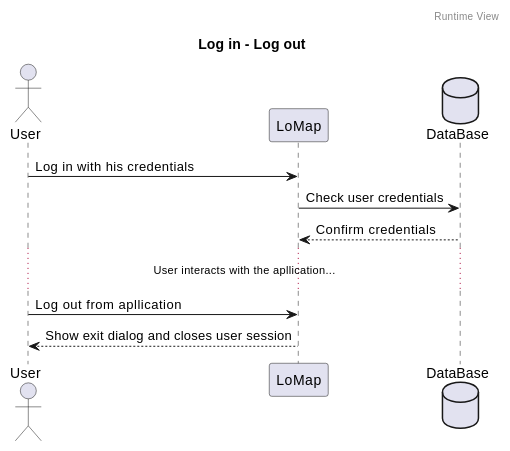
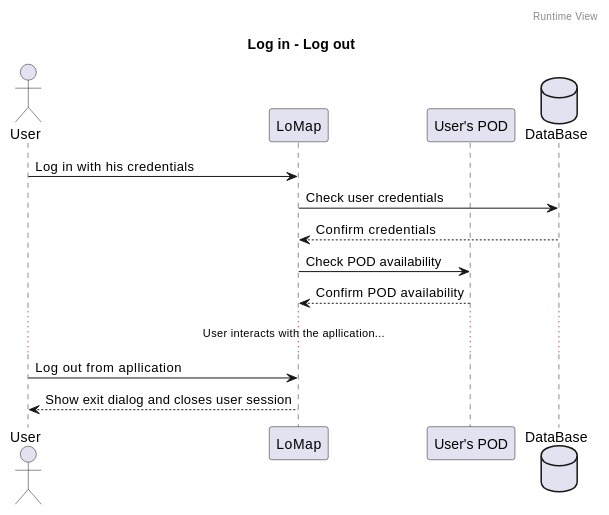
The second of 4 diagrams in docs/06_runtime_view.adoc (Arquisoft/lomap_es2c), drawn with PlantUML before and after one commit. The commit also changed other lines of this file, not shown here.

```diff
--- a/docs/06_runtime_view.adoc
+++ b/docs/06_runtime_view.adoc
@@ -57,17 +59,20 @@
 [plantuml,"Log in - log out sequence diagram",png]
 ----
 header Runtime View
 title Log in - Log out
 Actor User
 Participant LoMap
+Participant POD as "User's POD"
 Database DataBase as "DataBase" 
 
 User -> LoMap: Log in with his credentials
 LoMap -> DataBase: Check user credentials
 LoMap <-- DataBase: Confirm credentials
+LoMap -> POD: Check POD availability
+POD --> LoMap: Confirm POD availability
 
 ...User interacts with the apllication......
 
 User -> LoMap: Log out from apllication
 LoMap --> User: Show exit dialog and closes user session
 ----
```
